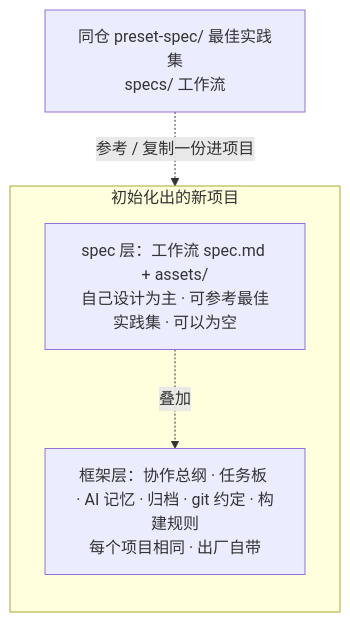
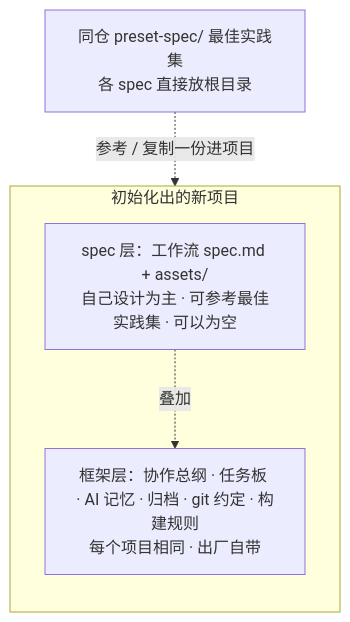
One commit to The-Daybreaker/project-spec changed the second of 2 diagrams in README.md. Above: the diagram before and after it, drawn with Mermaid. The commit also changed other lines of this file and 19 other files, not shown here.

First line of the commit message:
refactor(preset-spec): 取消 specs 中间层，两份 spec 直接放 preset-spec 根（决策 72）

````diff
--- a/README.md
+++ b/README.md
@@ -48,11 +48,11 @@
 ```mermaid
 flowchart TB
-  SHELF["同仓 preset-spec/ 最佳实践集<br/>specs/ 工作流"]
+  SHELF["同仓 preset-spec/ 最佳实践集<br/>各 spec 直接放根目录"]
   subgraph PROJ["初始化出的新项目"]
     direction TB
     SPEC["spec 层：工作流 spec.md + assets/<br/>自己设计为主 · 可参考最佳实践集 · 可以为空"]
     FRAME["框架层：协作总纲 · 任务板 · AI 记忆 · 归档 · git 约定 · 构建规则<br/>每个项目相同 · 出厂自带"]
     SPEC -. "叠加" .-> FRAME
   end
   SHELF -. "参考 / 复制一份进项目" .-> SPEC
 ```
````
